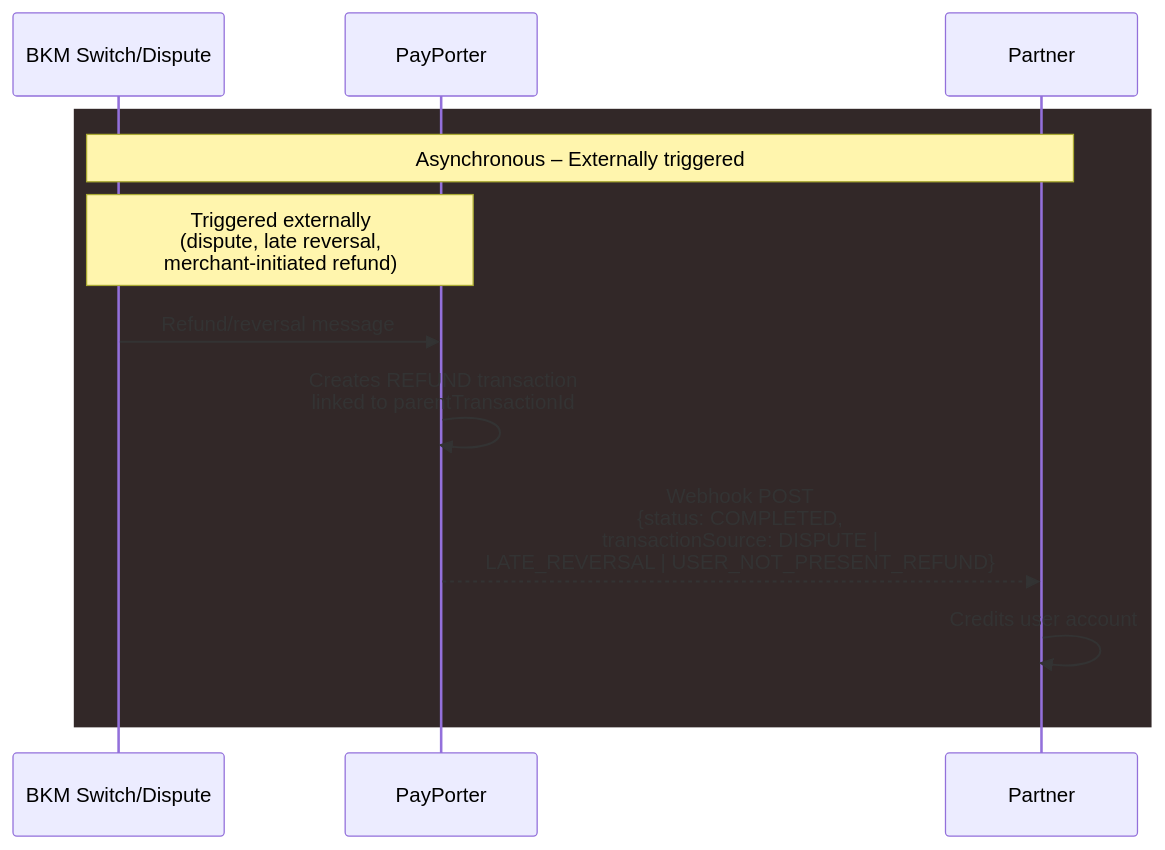
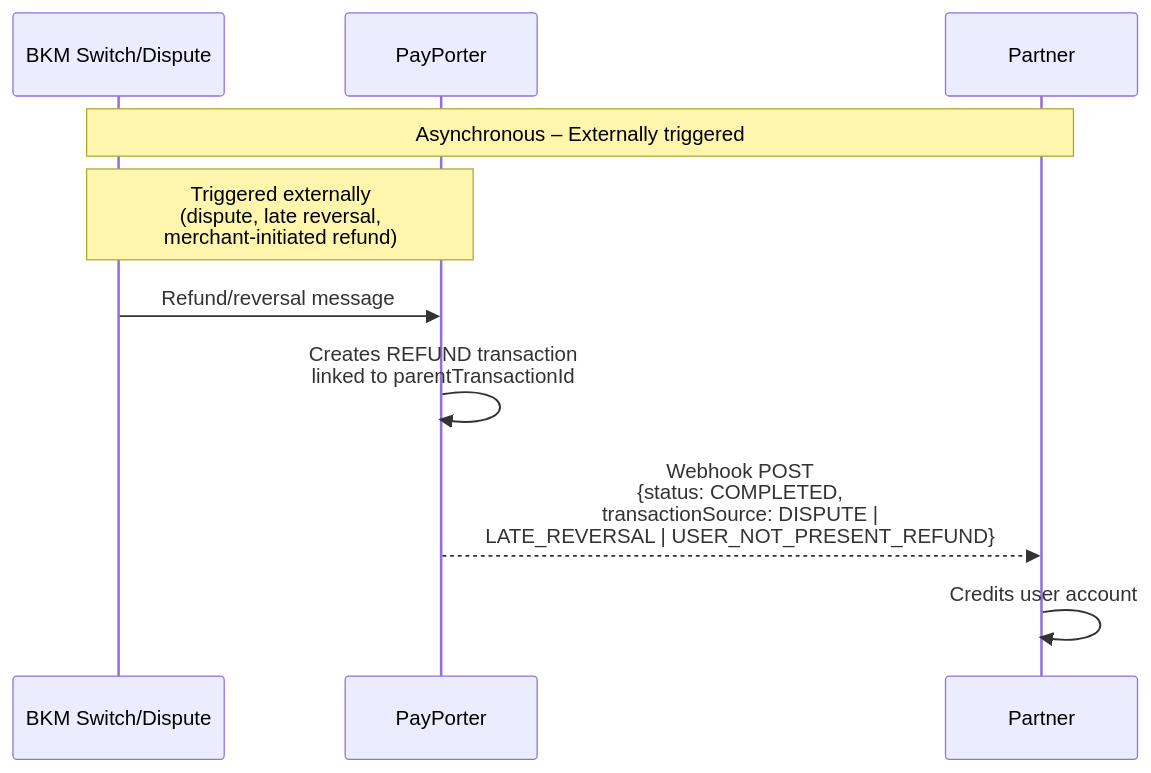
Before and after one commit to commitup/api-doc-v2: the third of 3 diagrams in docs/qr-payments/flow-diagrams.md, drawn with Mermaid. The commit also changed other lines of this file and 14 other files, not shown here.

````diff
--- a/docs/qr-payments/flow-diagrams.md
+++ b/docs/qr-payments/flow-diagrams.md
@@ -92,17 +84,15 @@
 ```mermaid
 sequenceDiagram
     participant BKM_Switch as BKM Switch/Dispute
     participant PayPorter
     participant Partner
 
-    rect rgb(50, 40, 40)
     Note over BKM_Switch, Partner: Asynchronous – Externally triggered
     Note over BKM_Switch, PayPorter: Triggered externally<br/>(dispute, late reversal,<br/>merchant-initiated refund)
 
     BKM_Switch->>PayPorter: Refund/reversal message
     PayPorter->>PayPorter: Creates REFUND transaction<br/>linked to parentTransactionId
 
     PayPorter-->>Partner: Webhook POST<br/>{status: COMPLETED,<br/>transactionSource: DISPUTE |<br/>LATE_REVERSAL | USER_NOT_PRESENT_REFUND}
     Partner->>Partner: Credits user account
-    end
 ```
````
